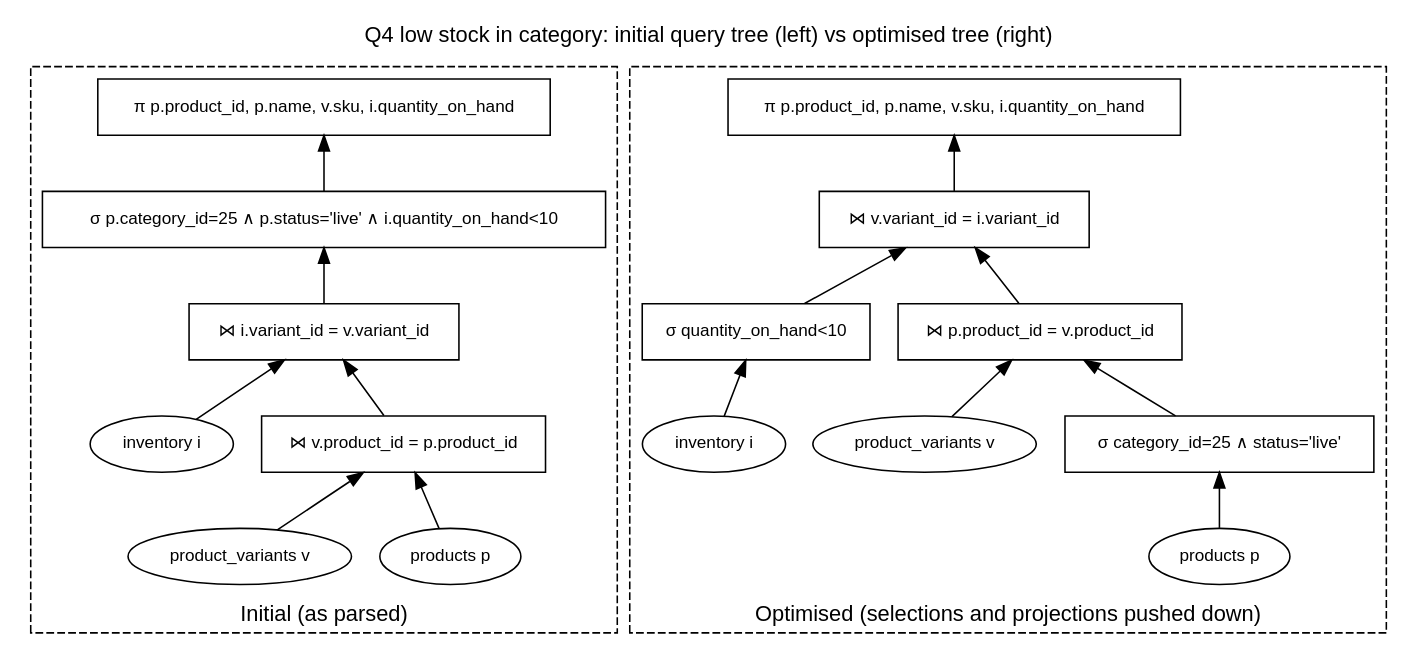
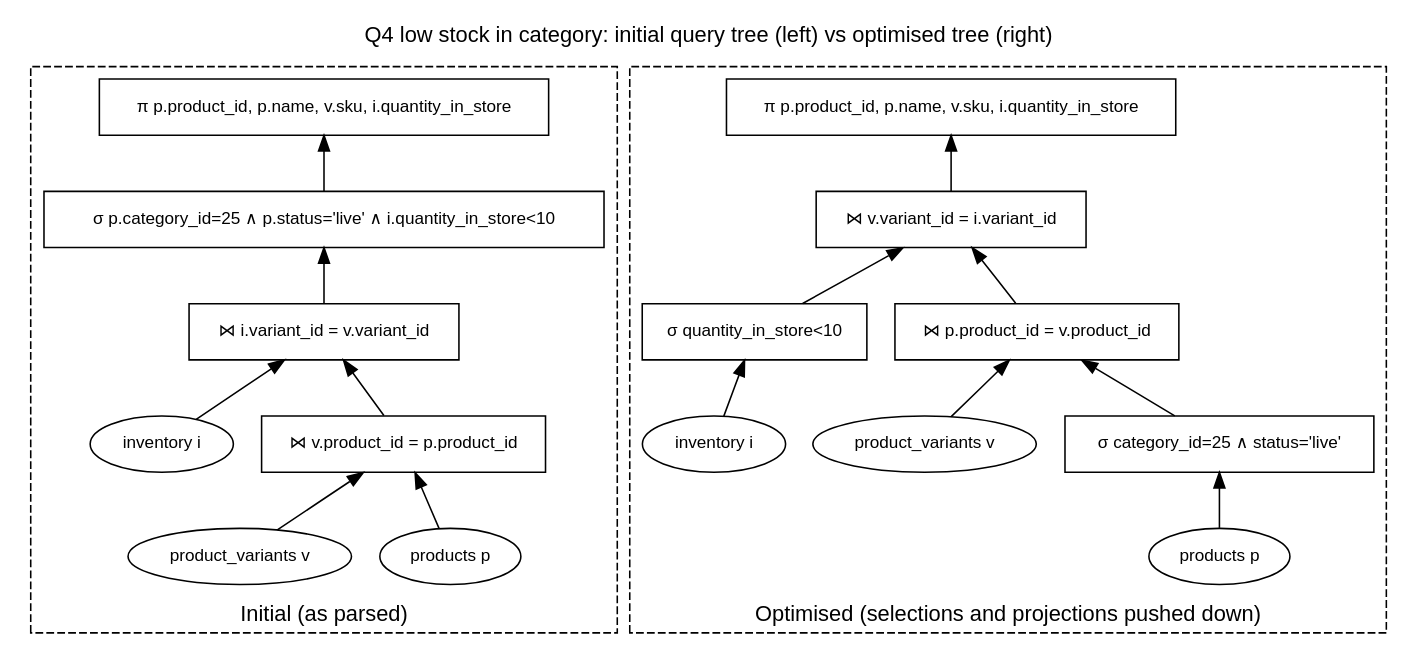
One commit to stellaose/advanced-database-systems-portfolio changed the diagram in portfolio-2-query-optimisation/docs/diagrams/q4_trees.dot. Above: the diagram before and after it, drawn with Graphviz. The commit also changed 121 other files, not shown here.

```diff
--- a/portfolio-2-query-optimisation/docs/diagrams/q4_trees.dot
+++ b/portfolio-2-query-optimisation/docs/diagrams/q4_trees.dot
@@ -1,15 +1,15 @@
 digraph G { rankdir=BT; node [shape=box,fontname="Helvetica",fontsize=11]; labelloc=t; fontname="Helvetica";
  label="Q4 low stock in category: initial query tree (left) vs optimised tree (right)";
  subgraph cluster_a { label="Initial (as parsed)"; style=dashed;
-  p0 [label="π p.product_id, p.name, v.sku, i.quantity_on_hand"];
-  s0 [label="σ p.category_id=25 ∧ p.status='live' ∧ i.quantity_on_hand<10"];
+  p0 [label="π p.product_id, p.name, v.sku, i.quantity_in_store"];
+  s0 [label="σ p.category_id=25 ∧ p.status='live' ∧ i.quantity_in_store<10"];
   j1 [label="⋈ i.variant_id = v.variant_id"]; j0 [label="⋈ v.product_id = p.product_id"];
   P0 [label="products p",shape=ellipse]; V0 [label="product_variants v",shape=ellipse]; I0 [label="inventory i",shape=ellipse];
   P0->j0; V0->j0; j0->j1; I0->j1; j1->s0; s0->p0; }
  subgraph cluster_b { label="Optimised (selections and projections pushed down)"; style=dashed;
-  p1 [label="π p.product_id, p.name, v.sku, i.quantity_on_hand"];
+  p1 [label="π p.product_id, p.name, v.sku, i.quantity_in_store"];
   k1 [label="⋈ v.variant_id = i.variant_id"]; k0 [label="⋈ p.product_id = v.product_id"];
-  sp [label="σ category_id=25 ∧ status='live'"]; si [label="σ quantity_on_hand<10"];
+  sp [label="σ category_id=25 ∧ status='live'"]; si [label="σ quantity_in_store<10"];
   P1 [label="products p",shape=ellipse]; V1 [label="product_variants v",shape=ellipse]; I1 [label="inventory i",shape=ellipse];
   P1->sp; I1->si; sp->k0; V1->k0; k0->k1; si->k1; k1->p1; }
 }
```
